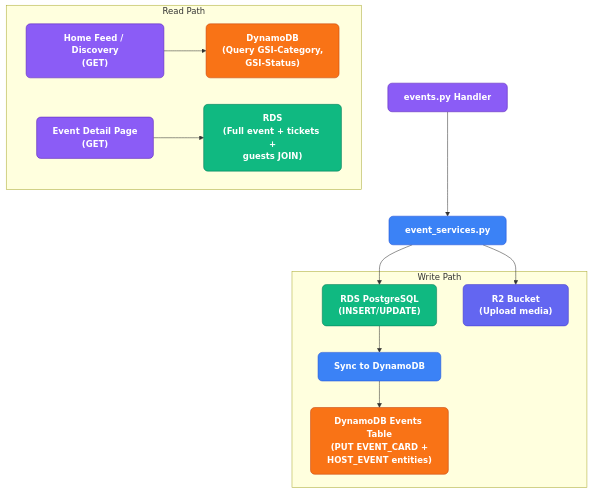
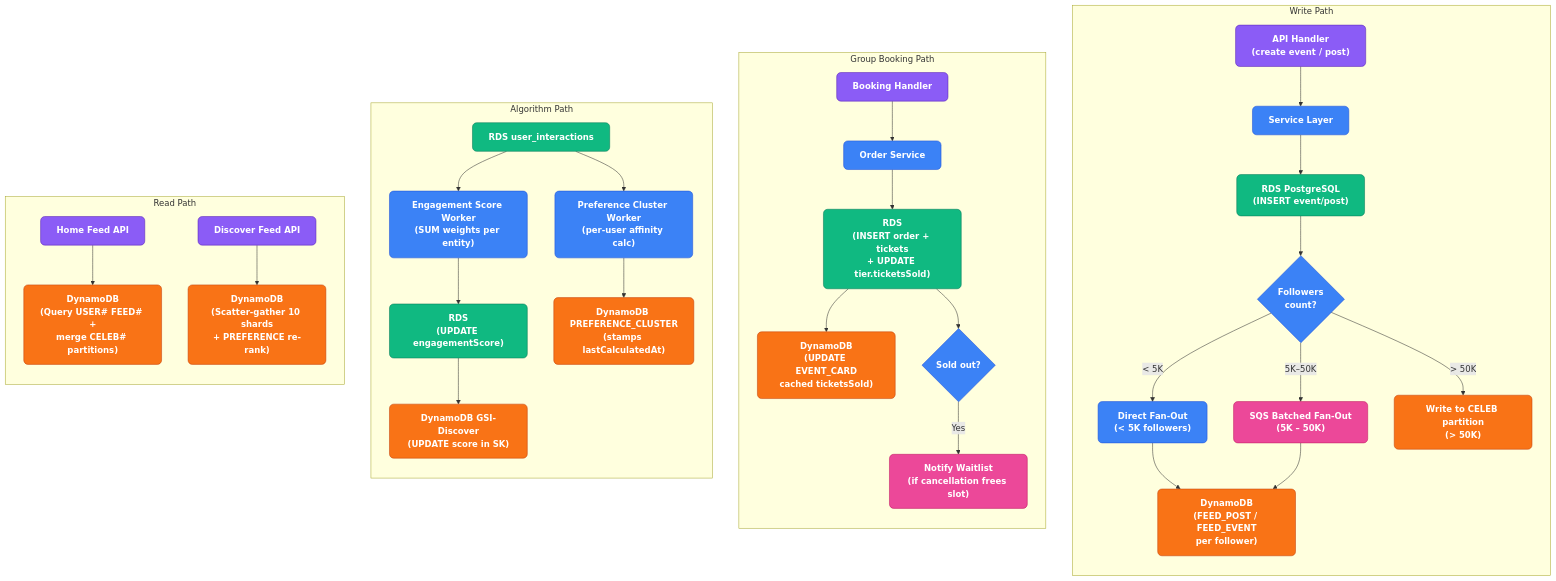
The first of 2 diagrams in docs/Happnix-serverless-handbook/planning/event_database_design.md (Ronakg2001/HappniX_dev), drawn with Mermaid before and after one commit. The commit also changed other lines of this file and 1 other file, not shown here.

Commit message:
docs: define PostgreSQL schema for events and social features and initialize api service layer

````diff
--- a/docs/Happnix-serverless-handbook/planning/event_database_design.md
+++ b/docs/Happnix-serverless-handbook/planning/event_database_design.md
@@ -469,35 +339,66 @@
 ```mermaid
 flowchart TD
     classDef handler fill:#8b5cf6,stroke:#5b21b6,color:white,font-weight:bold,rx:8px
     classDef service fill:#3b82f6,stroke:#1d4ed8,color:white,font-weight:bold,rx:8px
     classDef rds fill:#10b981,stroke:#047857,color:white,font-weight:bold,rx:8px
     classDef dynamo fill:#f97316,stroke:#c2410c,color:white,font-weight:bold,rx:8px
-    classDef r2 fill:#6366f1,stroke:#4338ca,color:white,font-weight:bold,rx:8px
+    classDef sqs fill:#ec4899,stroke:#be185d,color:white,font-weight:bold,rx:8px
 
-    Handler["events.py Handler"]:::handler
-    Service["event_services.py"]:::service
-
-    Handler --> Service
-
-    subgraph Write Path
-        RDS["RDS PostgreSQL<br/>(INSERT/UPDATE)"]:::rds
-        Sync["Sync to DynamoDB"]:::service
-        Dynamo["DynamoDB Events Table<br/>(PUT EVENT_CARD +<br/>HOST_EVENT entities)"]:::dynamo
-        R2["R2 Bucket<br/>(Upload media)"]:::r2
+    %% ── WRITE PATH ──
+    subgraph Write["Write Path"]
+        direction TB
+        API["API Handler<br/>(create event / post)"]:::handler
+        SVC["Service Layer"]:::service
+        RDS1["RDS PostgreSQL<br/>(INSERT event/post)"]:::rds
+        FanDecide{"Followers<br/>count?"}:::service
+        DirectFan["Direct Fan-Out<br/>(< 5K followers)"]:::service
+        SQSFan["SQS Batched Fan-Out<br/>(5K – 50K)"]:::sqs
+        CelebWrite["Write to CELEB partition<br/>(> 50K)"]:::dynamo
+        DynFeed["DynamoDB<br/>(FEED_POST / FEED_EVENT<br/>per follower)"]:::dynamo
     end
 
-    Service --> RDS
-    RDS --> Sync
-    Sync --> Dynamo
-    Service --> R2
+    API --> SVC --> RDS1 --> FanDecide
+    FanDecide -->|"< 5K"| DirectFan --> DynFeed
+    FanDecide -->|"5K–50K"| SQSFan --> DynFeed
+    FanDecide -->|"> 50K"| CelebWrite
 
-    subgraph Read Path
-        FeedRead["Home Feed / Discovery<br/>(GET)"]:::handler
-        DynamoRead["DynamoDB<br/>(Query GSI-Category,<br/>GSI-Status)"]:::dynamo
-        DetailRead["Event Detail Page<br/>(GET)"]:::handler
-        RDSRead["RDS<br/>(Full event + tickets +<br/>guests JOIN)"]:::rds
+    %% ── BOOKING PATH ──
+    subgraph Booking["Group Booking Path"]
+        direction TB
+        BookAPI["Booking Handler"]:::handler
+        BookSVC["Order Service"]:::service
+        RDS2["RDS<br/>(INSERT order + tickets<br/>+ UPDATE tier.ticketsSold)"]:::rds
+        DynCard["DynamoDB<br/>(UPDATE EVENT_CARD<br/>cached ticketsSold)"]:::dynamo
+        WaitCheck{"Sold out?"}:::service
+        Waitlist["Notify Waitlist<br/>(if cancellation frees slot)"]:::sqs
     end
 
-    FeedRead --> DynamoRead
-    DetailRead --> RDSRead
+    BookAPI --> BookSVC --> RDS2 --> DynCard
+    RDS2 --> WaitCheck -->|"Yes"| Waitlist
+
+    %% ── ALGORITHM PATH ──
+    subgraph Algorithm["Algorithm Path"]
+        direction TB
+        Interact["RDS user_interactions"]:::rds
+        ScoreWorker["Engagement Score Worker<br/>(SUM weights per entity)"]:::service
+        RDSScore["RDS<br/>(UPDATE engagementScore)"]:::rds
+        ClusterWorker["Preference Cluster Worker<br/>(per-user affinity calc)"]:::service
+        DynDiscover["DynamoDB GSI-Discover<br/>(UPDATE score in SK)"]:::dynamo
+        DynPref["DynamoDB PREFERENCE_CLUSTER<br/>(stamps lastCalculatedAt)"]:::dynamo
+    end
+
+    Interact --> ScoreWorker --> RDSScore --> DynDiscover
+    Interact --> ClusterWorker --> DynPref
+
+    %% ── READ PATH ──
+    subgraph Read["Read Path"]
+        direction TB
+        HomeFeed["Home Feed API"]:::handler
+        DiscoverFeed["Discover Feed API"]:::handler
+        DynHome["DynamoDB<br/>(Query USER# FEED# +<br/>merge CELEB# partitions)"]:::dynamo
+        DynDiscRead["DynamoDB<br/>(Scatter-gather 10 shards<br/>+ PREFERENCE re-rank)"]:::dynamo
+    end
+
+    HomeFeed --> DynHome
+    DiscoverFeed --> DynDiscRead
 ```
````
